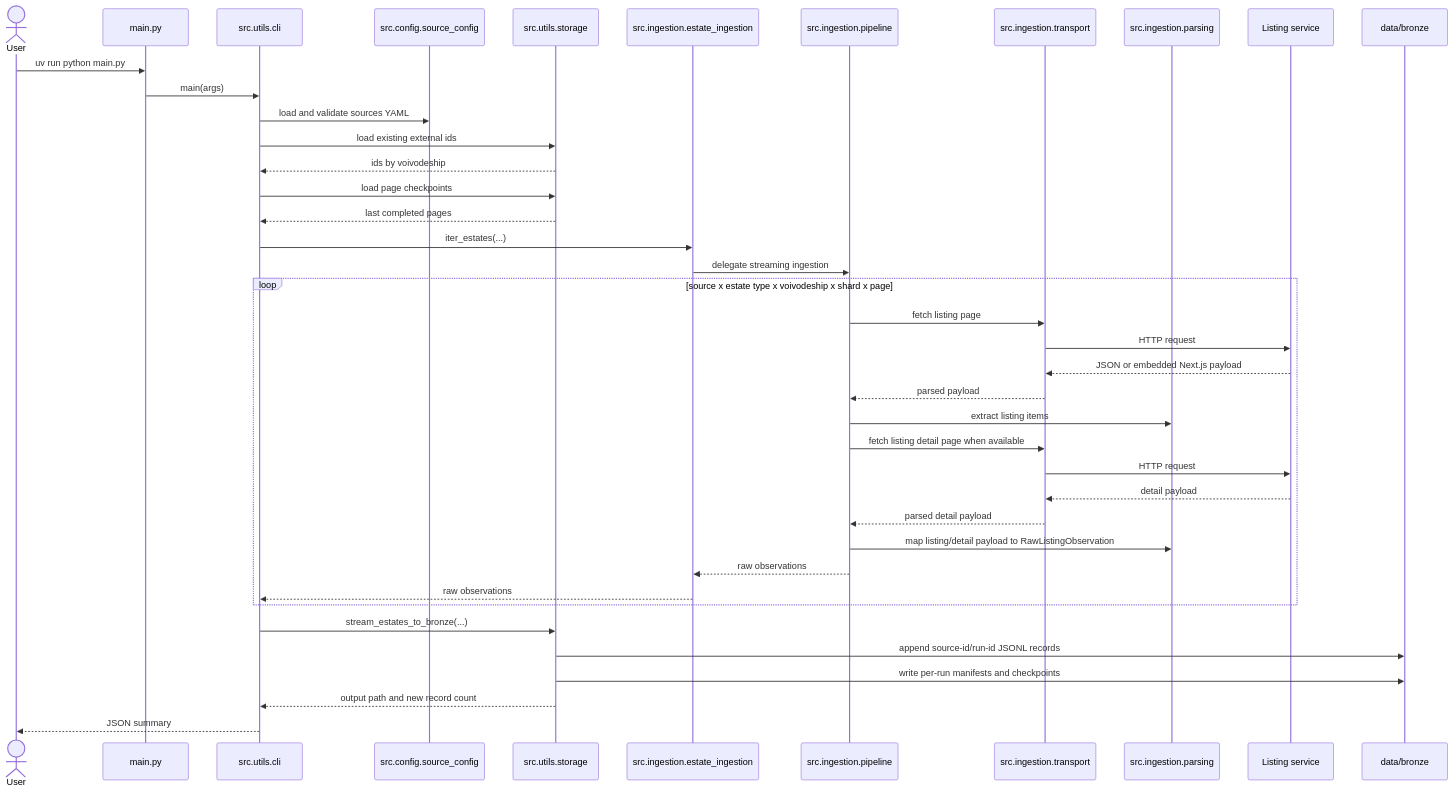
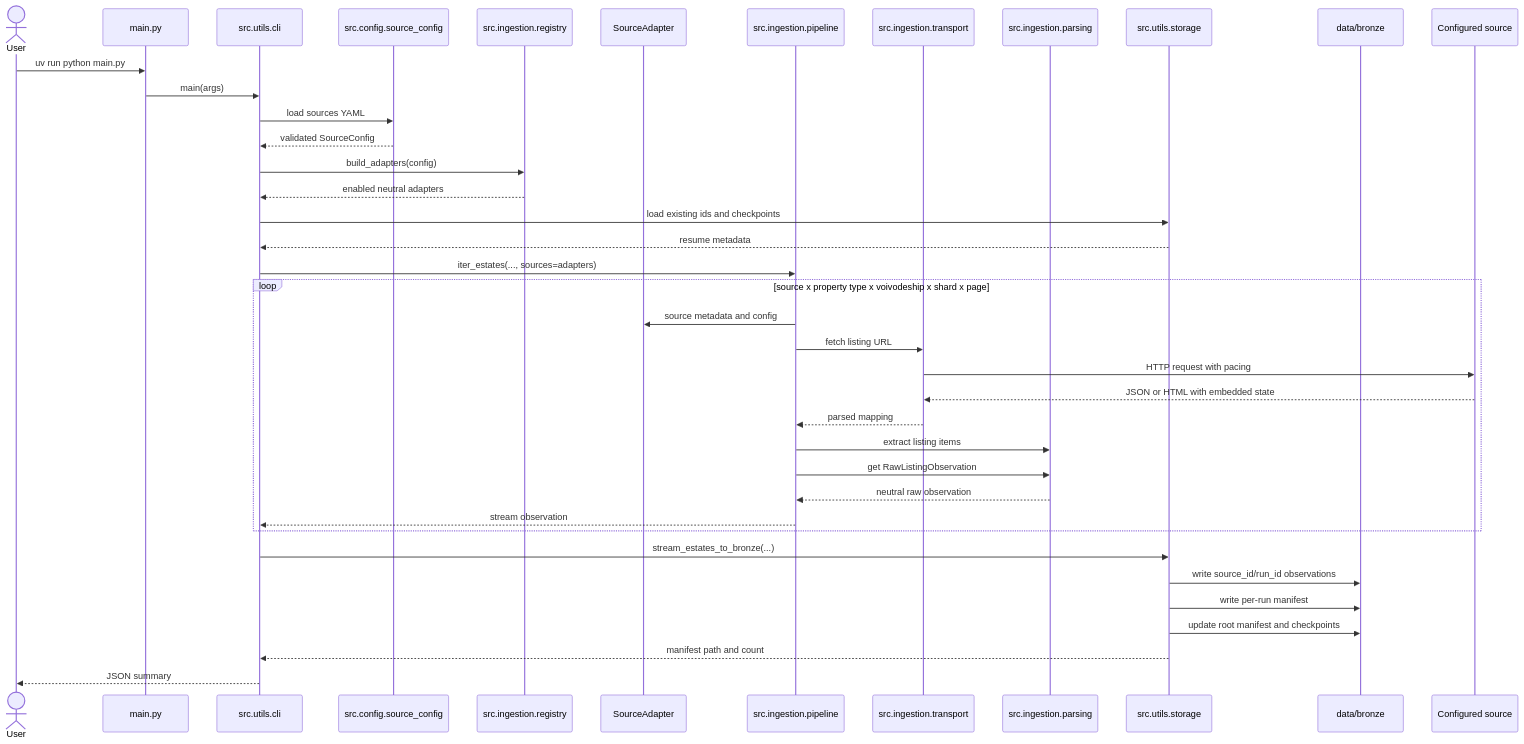
Before and after one commit to bi3lu/polish-real-estate-price-aggregates: the diagram in docs/ingestion-sequence.md, drawn with Mermaid. The commit also changed other lines of this file and 15 other files, not shown here.

````diff
--- a/docs/ingestion-sequence.md
+++ b/docs/ingestion-sequence.md
@@ -3,45 +3,44 @@
 ```mermaid
 sequenceDiagram
     actor User
     participant Main as main.py
     participant CLI as src.utils.cli
     participant Config as src.config.source_config
-    participant Store as src.utils.storage
-    participant Facade as src.ingestion.estate_ingestion
+    participant Registry as src.ingestion.registry
+    participant Adapter as SourceAdapter
     participant Pipeline as src.ingestion.pipeline
     participant Transport as src.ingestion.transport
     participant Parsing as src.ingestion.parsing
-    participant Source as Listing service
+    participant Storage as src.utils.storage
     participant Bronze as data/bronze
+    participant Source as Configured source
 
     User->>Main: uv run python main.py
     Main->>CLI: main(args)
-    CLI->>Config: load and validate sources YAML
-    CLI->>Store: load existing external ids
-    Store-->>CLI: ids by voivodeship
-    CLI->>Store: load page checkpoints
-    Store-->>CLI: last completed pages
-    CLI->>Facade: iter_estates(...)
-    Facade->>Pipeline: delegate streaming ingestion
+    CLI->>Config: load sources YAML
+    Config-->>CLI: validated SourceConfig
+    CLI->>Registry: build_adapters(config)
+    Registry-->>CLI: enabled neutral adapters
+    CLI->>Storage: load existing ids and checkpoints
+    Storage-->>CLI: resume metadata
+    CLI->>Pipeline: iter_estates(..., sources=adapters)
 
-    loop source x estate type x voivodeship x shard x page
-        Pipeline->>Transport: fetch listing page
-        Transport->>Source: HTTP request
-        Source-->>Transport: JSON or embedded Next.js payload
-        Transport-->>Pipeline: parsed payload
+    loop source x property type x voivodeship x shard x page
+        Pipeline->>Adapter: source metadata and config
+        Pipeline->>Transport: fetch listing URL
+        Transport->>Source: HTTP request with pacing
+        Source-->>Transport: JSON or HTML with embedded state
+        Transport-->>Pipeline: parsed mapping
         Pipeline->>Parsing: extract listing items
-        Pipeline->>Transport: fetch listing detail page when available
-        Transport->>Source: HTTP request
-        Source-->>Transport: detail payload
-        Transport-->>Pipeline: parsed detail payload
-        Pipeline->>Parsing: map listing/detail payload to RawListingObservation
-        Pipeline-->>Facade: raw observations
-        Facade-->>CLI: raw observations
+        Pipeline->>Parsing: get RawListingObservation
+        Parsing-->>Pipeline: neutral raw observation
+        Pipeline-->>CLI: stream observation
     end
 
-    CLI->>Store: stream_estates_to_bronze(...)
-    Store->>Bronze: append source-id/run-id JSONL records
-    Store->>Bronze: write per-run manifests and checkpoints
-    Store-->>CLI: output path and new record count
+    CLI->>Storage: stream_estates_to_bronze(...)
+    Storage->>Bronze: write source_id/run_id observations
+    Storage->>Bronze: write per-run manifest
+    Storage->>Bronze: update root manifest and checkpoints
+    Storage-->>CLI: manifest path and count
     CLI-->>User: JSON summary
 ```
````
